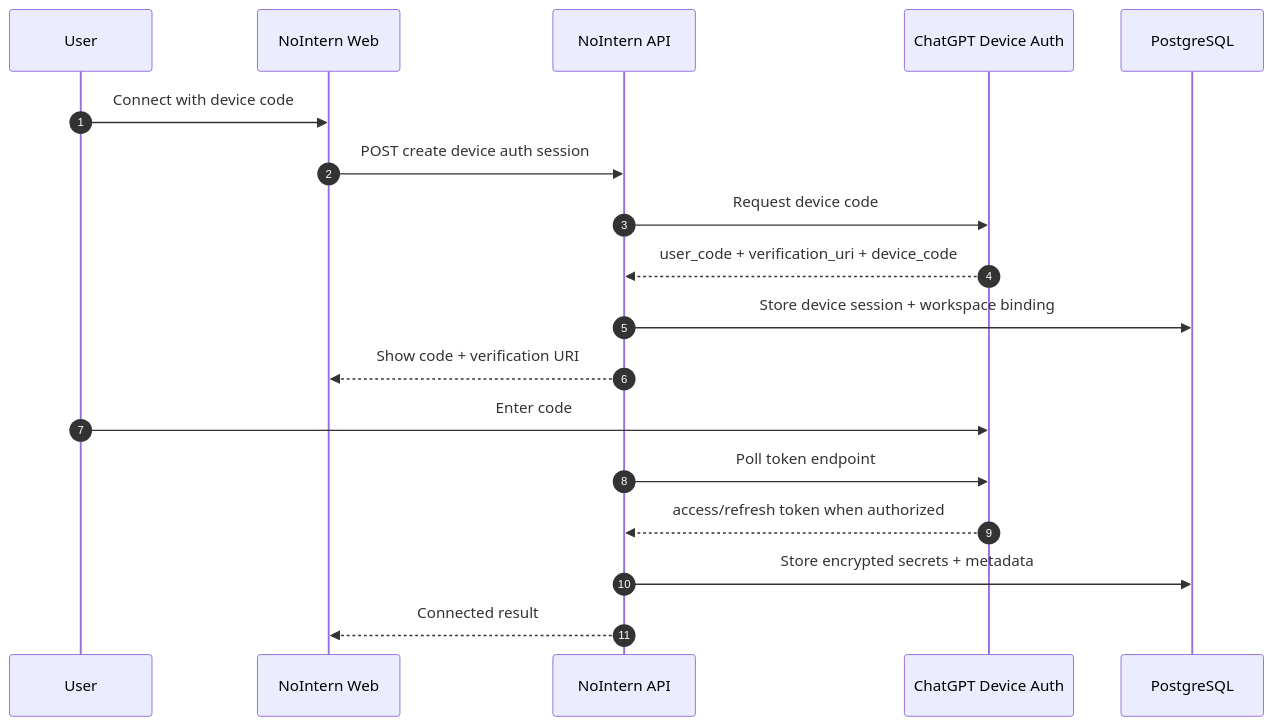
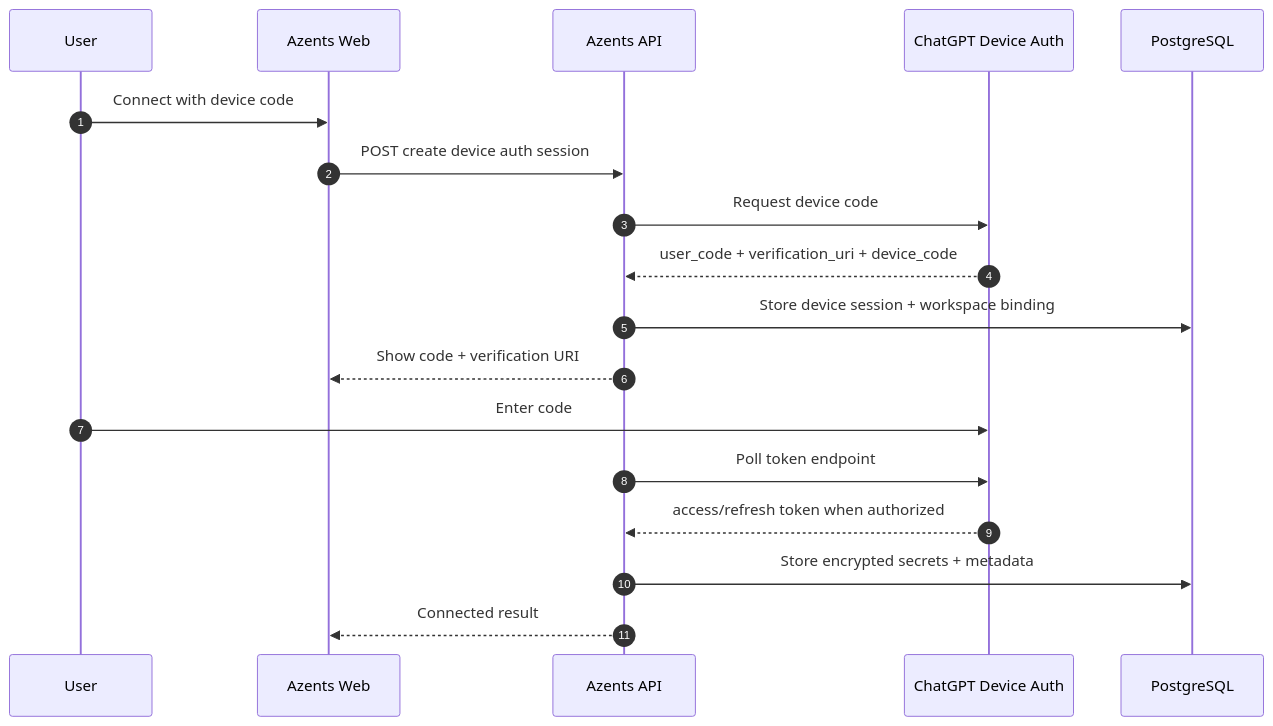
Before and after one commit to azents/azents: the third of 4 diagrams in docs/azents/design/chatgpt-260502-chatgpt-oauth.md, drawn with Mermaid. The commit also changed other lines of this file and 245 other files, not shown here.

````diff
--- a/docs/azents/design/chatgpt-260502-chatgpt-oauth.md
+++ b/docs/azents/design/chatgpt-260502-chatgpt-oauth.md
@@ -189,21 +189,21 @@
 ```mermaid
 sequenceDiagram
     autonumber
     participant User as User
-    participant Web as NoIntern Web
-    participant API as NoIntern API
+    participant Web as Azents Web
+    participant API as Azents API
     participant ChatGPT as ChatGPT Device Auth
     participant DB as PostgreSQL
 
     User->>Web: Connect with device code
     Web->>API: POST create device auth session
     API->>ChatGPT: Request device code
     ChatGPT-->>API: user_code + verification_uri + device_code
     API->>DB: Store device session + workspace binding
     API-->>Web: Show code + verification URI
     User->>ChatGPT: Enter code
     API->>ChatGPT: Poll token endpoint
     ChatGPT-->>API: access/refresh token when authorized
     API->>DB: Store encrypted secrets + metadata
     API-->>Web: Connected result
 ```
````
